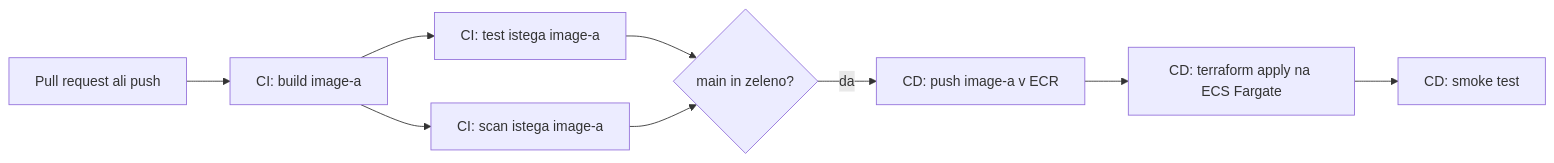
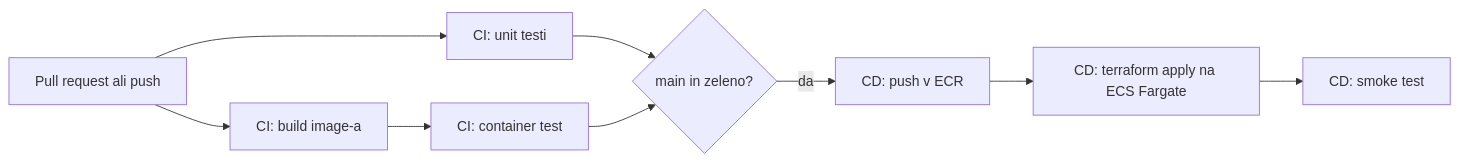
The diagram in README.md (sunex99/celtra-devops-project), drawn with Mermaid before and after one commit. The commit also changed other lines of this file and 5 other files, not shown here.

````diff
--- a/README.md
+++ b/README.md
@@ -21,11 +21,11 @@
 ```mermaid
 flowchart LR
     A["Pull request ali push"] --> B["CI: build image-a"]
-    B --> C["CI: test istega image-a"]
-    B --> D["CI: scan istega image-a"]
+    A --> C["CI: unit testi"]
+    B --> D["CI: container test"]
     C --> E{"main in zeleno?"}
     D --> E
-    E -->|da| F["CD: push image-a v ECR"]
+    E -->|da| F["CD: push v ECR"]
     F --> G["CD: terraform apply na ECS Fargate"]
     G --> H["CD: smoke test"]
 ```
````
